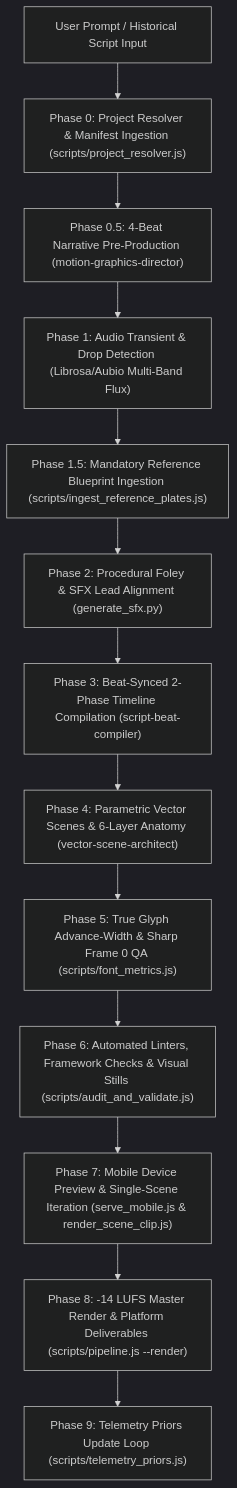
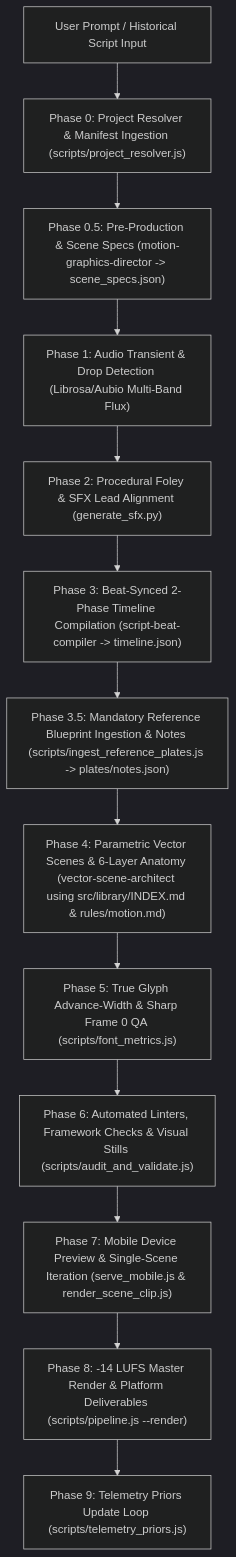
The first of 2 diagrams in README.md (diabo205/motion-reels), drawn with Mermaid (dark theme) before and after one commit. The commit also changed other lines of this file, not shown here.

Commit message:
docs(readme): synchronize pipeline order, notes requirement, library index, and cli reference

````diff
--- a/README.md
+++ b/README.md
@@ -32,15 +32,15 @@
 ```mermaid
 flowchart TD
     A["User Prompt / Historical Script Input"] --> B["Phase 0: Project Resolver & Manifest Ingestion (scripts/project_resolver.js)"]
-    B --> C["Phase 0.5: 4-Beat Narrative Pre-Production (motion-graphics-director)"]
+    B --> C["Phase 0.5: Pre-Production & Scene Specs (motion-graphics-director -> scene_specs.json)"]
     C --> D["Phase 1: Audio Transient & Drop Detection (Librosa/Aubio Multi-Band Flux)"]
-    D --> E["Phase 1.5: Mandatory Reference Blueprint Ingestion (scripts/ingest_reference_plates.js)"]
-    E --> F["Phase 2: Procedural Foley & SFX Lead Alignment (generate_sfx.py)"]
-    F --> G["Phase 3: Beat-Synced 2-Phase Timeline Compilation (script-beat-compiler)"]
-    G --> H["Phase 4: Parametric Vector Scenes & 6-Layer Anatomy (vector-scene-architect)"]
+    D --> E["Phase 2: Procedural Foley & SFX Lead Alignment (generate_sfx.py)"]
+    E --> F["Phase 3: Beat-Synced 2-Phase Timeline Compilation (script-beat-compiler -> timeline.json)"]
+    F --> G["Phase 3.5: Mandatory Reference Blueprint Ingestion & Notes (scripts/ingest_reference_plates.js -> plates/notes.json)"]
+    G --> H["Phase 4: Parametric Vector Scenes & 6-Layer Anatomy (vector-scene-architect using src/library/INDEX.md & rules/motion.md)"]
     H --> I["Phase 5: True Glyph Advance-Width & Sharp Frame 0 QA (scripts/font_metrics.js)"]
     I --> J["Phase 6: Automated Linters, Framework Checks & Visual Stills (scripts/audit_and_validate.js)"]
     J --> K["Phase 7: Mobile Device Preview & Single-Scene Iteration (serve_mobile.js & render_scene_clip.js)"]
     K --> L["Phase 8: -14 LUFS Master Render & Platform Deliverables (scripts/pipeline.js --render)"]
     L --> M["Phase 9: Telemetry Priors Update Loop (scripts/telemetry_priors.js)"]
 ```
````
